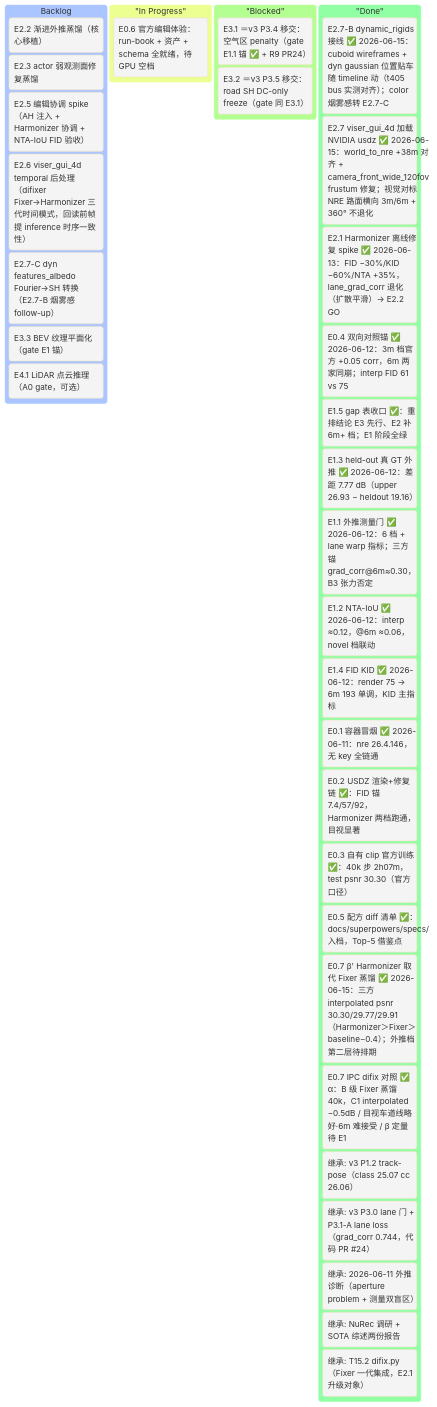
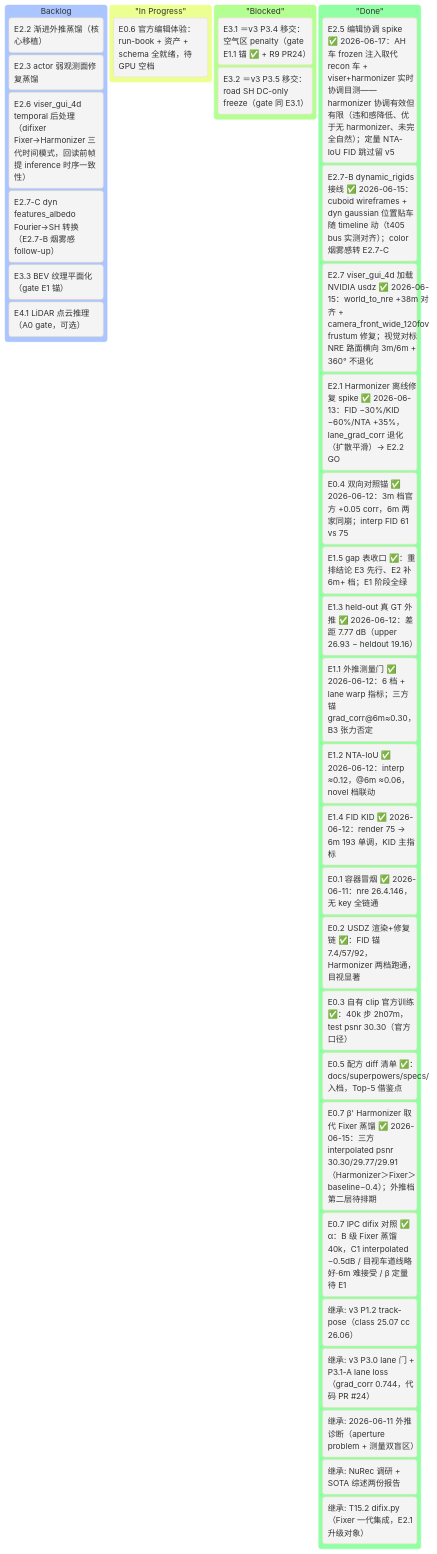
Before and after one commit to etendue/3dgrut: the first of 2 diagrams in v4_plan.md, drawn with Mermaid. The commit also changed other lines of this file, not shown here.

First line of the commit message:
docs(plan): mark E2.5 目测 spike done in v4_plan kanban + Done Log

````diff
--- a/v4_plan.md
+++ b/v4_plan.md
@@ -67,41 +67,41 @@
 ```mermaid
 %%{init: {'theme':'base'}}%%
 kanban
     Backlog
         [E2.2 渐进外推蒸馏（核心移植）]
         [E2.3 actor 弱观测面修复蒸馏]
-        [E2.5 编辑协调 spike（AH 注入 + Harmonizer 协调 + NTA-IoU FID 验收）]
         [E2.6 viser_gui_4d temporal 后处理（difixer Fixer→Harmonizer 三代时间模式，回读前帧提 inference 时序一致性）]
         [E2.7-C dyn features_albedo Fourier→SH 转换（E2.7-B 烟雾感 follow-up）]
         [E3.3 BEV 纹理平面化（gate E1 锚）]
         [E4.1 LiDAR 点云推理（A0 gate，可选）]
 
     "In Progress"
         [E0.6 官方编辑体验：run-book + 资产 + schema 全就绪，待 GPU 空档]
 
     "Blocked"
         [E3.1 ＝v3 P3.4 移交：空气区 penalty（gate E1.1 锚 ✅ + R9 PR24）]
         [E3.2 ＝v3 P3.5 移交：road SH DC-only freeze（gate 同 E3.1）]
 
     "Done"
+        [E2.5 编辑协调 spike ✅ 2026-06-17：AH 车 frozen 注入取代 recon 车 + viser+harmonizer 实时协调目测——harmonizer 协调有效但有限（违和感降低、优于无 harmonizer、未完全自然）；定量 NTA-IoU FID 跳过留 v5]
         [E2.7-B dynamic_rigids 接线 ✅ 2026-06-15：cuboid wireframes + dyn gaussian 位置贴车随 timeline 动（t405 bus 实测对齐）；color 烟雾感转 E2.7-C]
         [E2.7 viser_gui_4d 加载 NVIDIA usdz ✅ 2026-06-15：world_to_nre +38m 对齐 + camera_front_wide_120fov frustum 修复；视觉对标 NRE 路面横向 3m/6m + 360° 不退化]
         [E2.1 Harmonizer 离线修复 spike ✅ 2026-06-13：FID −30%/KID −60%/NTA +35%，lane_grad_corr 退化（扩散平滑）→ E2.2 GO]
         [E0.4 双向对照锚 ✅ 2026-06-12：3m 档官方 +0.05 corr，6m 两家同崩；interp FID 61 vs 75]
         [E1.5 gap 表收口 ✅：重排结论 E3 先行、E2 补 6m+ 档；E1 阶段全绿]
         [E1.3 held-out 真 GT 外推 ✅ 2026-06-12：差距 7.77 dB（upper 26.93 − heldout 19.16）]
         [E1.1 外推测量门 ✅ 2026-06-12：6 档 + lane warp 指标；三方锚 grad_corr@6m≈0.30，B3 张力否定]
         [E1.2 NTA-IoU ✅ 2026-06-12：interp ≈0.12，@6m ≈0.06，novel 档联动]
         [E1.4 FID KID ✅ 2026-06-12：render 75 → 6m 193 单调，KID 主指标]
         [E0.1 容器冒烟 ✅ 2026-06-11：nre 26.4.146，无 key 全链通]
         [E0.2 USDZ 渲染+修复链 ✅：FID 锚 7.4/57/92，Harmonizer 两档跑通，目视显著]
         [E0.3 自有 clip 官方训练 ✅：40k 步 2h07m，test psnr 30.30（官方口径）]
         [E0.5 配方 diff 清单 ✅：docs/superpowers/specs/ 入档，Top-5 借鉴点]
         [E0.7 β' Harmonizer 取代 Fixer 蒸馏 ✅ 2026-06-15：三方 interpolated psnr 30.30/29.77/29.91（Harmonizer＞Fixer＞baseline−0.4）；外推档第二层待排期]
         [E0.7 IPC difix 对照 ✅ α：B 级 Fixer 蒸馏 40k，C1 interpolated −0.5dB / 目视车道线略好·6m 难接受 / β 定量待 E1]
         [继承: v3 P1.2 track-pose（class 25.07 cc 26.06）]
         [继承: v3 P3.0 lane 门 + P3.1-A lane loss（grad_corr 0.744，代码 PR #24）]
         [继承: 2026-06-11 外推诊断（aperture problem + 测量双盲区）]
         [继承: NuRec 调研 + SOTA 综述两份报告]
         [继承: T15.2 difix.py（Fixer 一代集成，E2.1 升级对象）]
 ```
````
